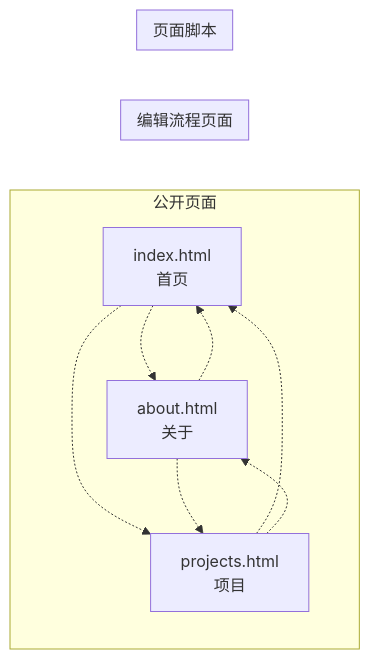
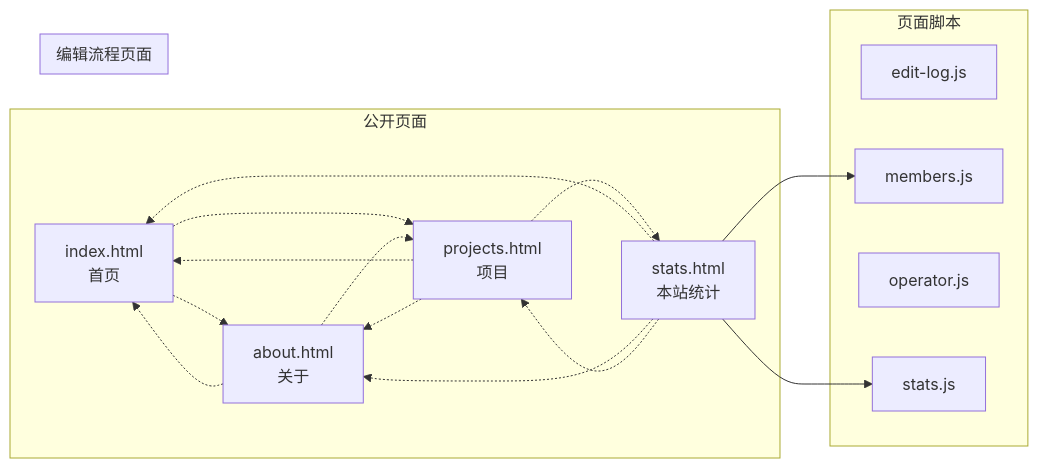
Before and after one commit to cangwu-protect-union/cangwu-protect-union.github.io: the first of 2 diagrams in 架构.md, drawn with Mermaid. The commit also changed other lines of this file and 115 other files, not shown here.

````diff
--- a/架构.md
+++ b/架构.md
@@ -15,25 +15,36 @@
 ```mermaid
 flowchart LR
 
   subgraph pubLayer["公开页面"]
     P_index["index.html<br/>首页"]
     P_about["about.html<br/>关于"]
     P_projects["projects.html<br/>项目"]
+    P_stats["stats.html<br/>本站统计"]
   end
 
   subgraph editLayer["编辑流程页面"]
   end
 
   subgraph scriptLayer["页面脚本"]
+    S_edit_log["edit-log.js"]
+    S_members["members.js"]
+    S_operator["operator.js"]
+    S_stats["stats.js"]
   end
 
   %% 页面加载自己的脚本
+  P_stats --> S_members
+  P_stats --> S_stats
 
   %% 页面之间的跳转
   P_index -.-> P_about
   P_index -.-> P_projects
   P_about -.-> P_index
   P_about -.-> P_projects
   P_projects -.-> P_index
   P_projects -.-> P_about
+  P_projects -.-> P_stats
+  P_stats -.-> P_index
+  P_stats -.-> P_about
+  P_stats -.-> P_projects
 ```
````
